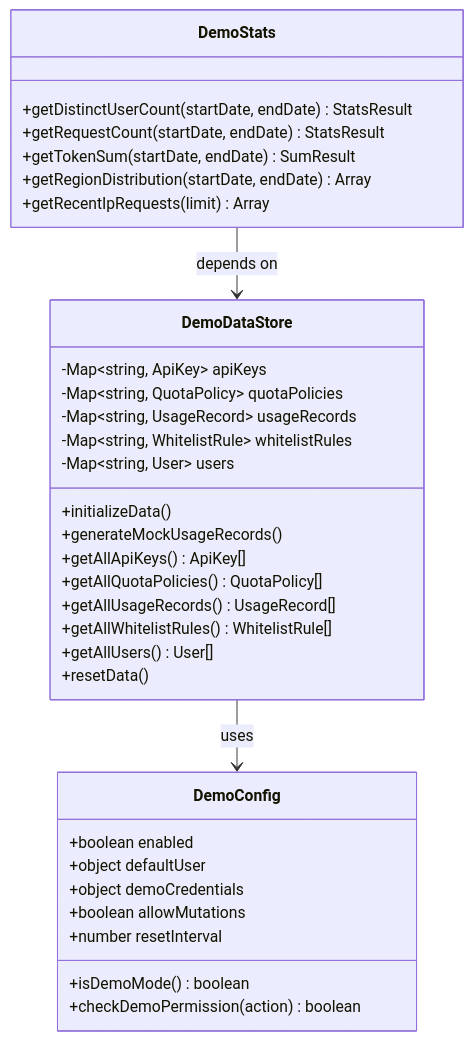
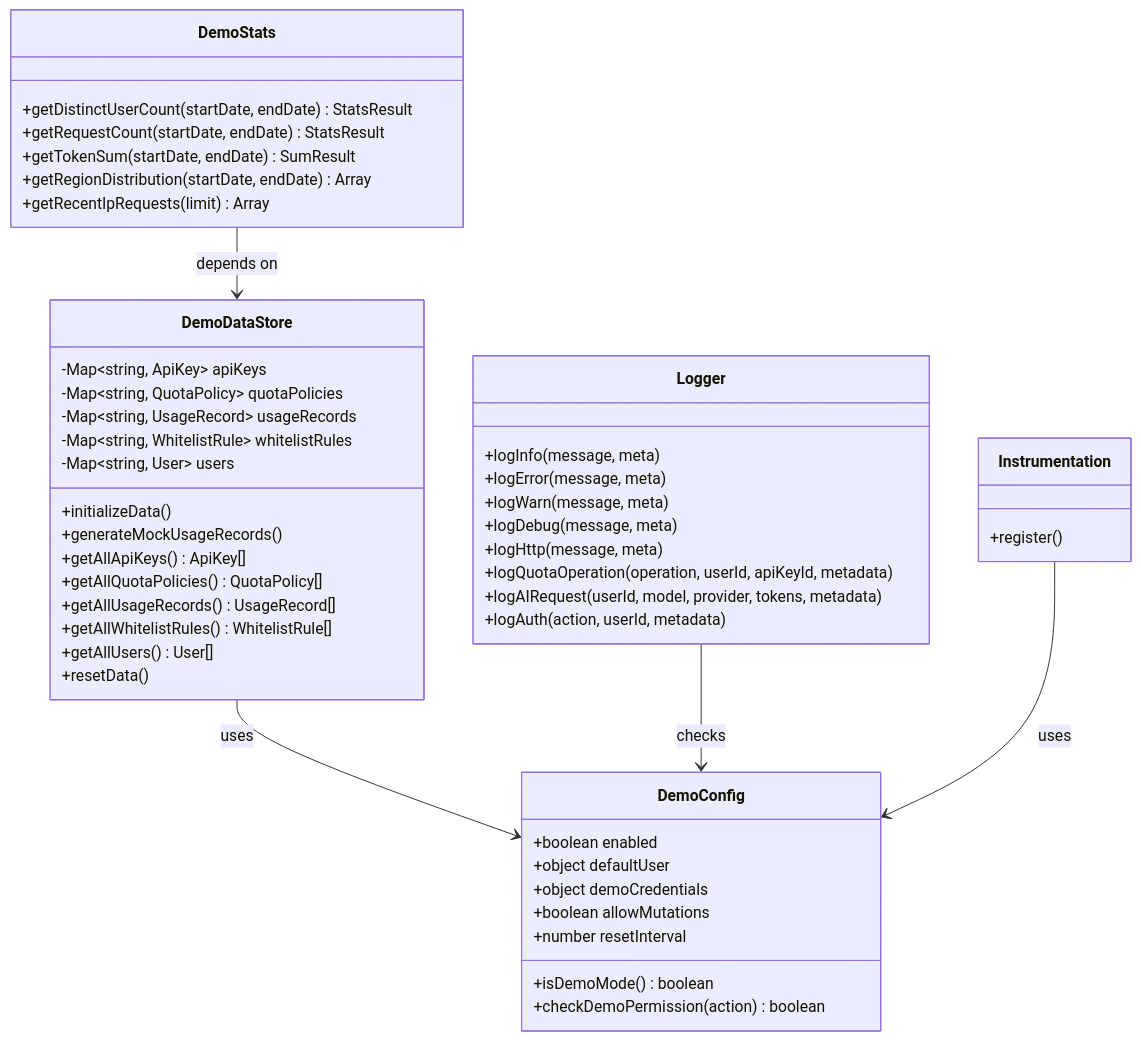
The second of 9 diagrams in .qoder/repowiki/zh/content/Demo Data System.md (RadiumAg/AIGate), drawn with Mermaid before and after one commit. The commit also changed other lines of this file and 9 other files, not shown here.

````diff
--- a/.qoder/repowiki/zh/content/Demo Data System.md
+++ b/.qoder/repowiki/zh/content/Demo Data System.md
@@ -111,36 +146,51 @@
 ```mermaid
 classDiagram
 class DemoDataStore {
 -Map~string, ApiKey~ apiKeys
 -Map~string, QuotaPolicy~ quotaPolicies
 -Map~string, UsageRecord~ usageRecords
 -Map~string, WhitelistRule~ whitelistRules
 -Map~string, User~ users
 +initializeData()
 +generateMockUsageRecords()
 +getAllApiKeys() ApiKey[]
 +getAllQuotaPolicies() QuotaPolicy[]
 +getAllUsageRecords() UsageRecord[]
 +getAllWhitelistRules() WhitelistRule[]
 +getAllUsers() User[]
 +resetData()
 }
 class DemoConfig {
 +boolean enabled
 +object defaultUser
 +object demoCredentials
 +boolean allowMutations
 +number resetInterval
 +isDemoMode() boolean
 +checkDemoPermission(action) boolean
 }
 class DemoStats {
 +getDistinctUserCount(startDate, endDate) StatsResult
 +getRequestCount(startDate, endDate) StatsResult
 +getTokenSum(startDate, endDate) SumResult
 +getRegionDistribution(startDate, endDate) Array
 +getRecentIpRequests(limit) Array
 }
+class Logger {
++logInfo(message, meta)
++logError(message, meta)
++logWarn(message, meta)
++logDebug(message, meta)
++logHttp(message, meta)
++logQuotaOperation(operation, userId, apiKeyId, metadata)
++logAIRequest(userId, model, provider, tokens, metadata)
++logAuth(action, userId, metadata)
+}
+class Instrumentation {
++register()
+}
 DemoDataStore --> DemoConfig : uses
 DemoStats --> DemoDataStore : depends on
+Logger --> DemoConfig : checks
+Instrumentation --> DemoConfig : uses
 ```
````
